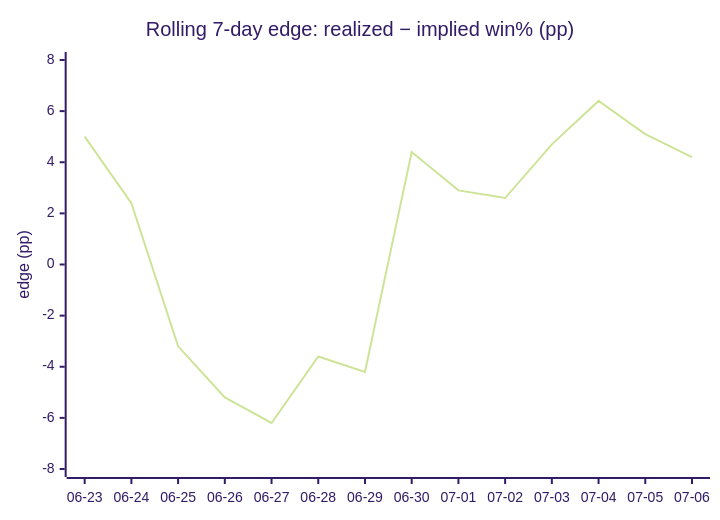
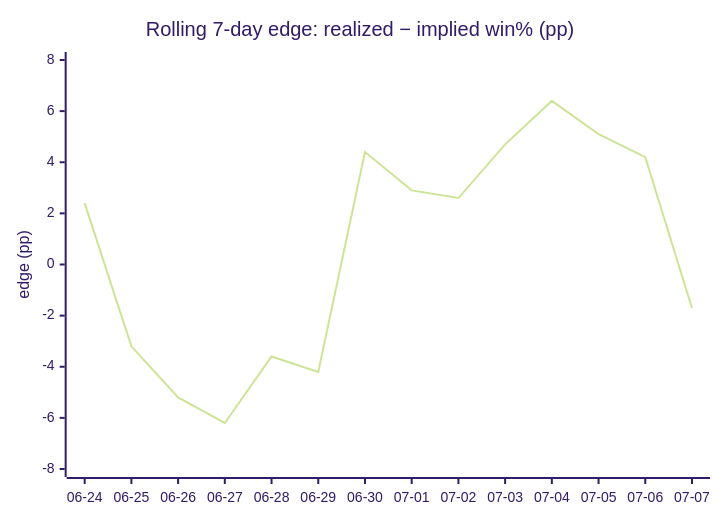
Before and after one commit to dpk1212/nhl-savant: the fifth of 5 diagrams in DAILY_AGSU_REPORT.md, drawn with Mermaid (forest theme). The commit also changed other lines of this file, not shown here.

````diff
--- a/DAILY_AGSU_REPORT.md
+++ b/DAILY_AGSU_REPORT.md
@@ -549,7 +550,7 @@
 ```mermaid
 xychart-beta
     title "Rolling 7-day edge: realized − implied win% (pp)"
-    x-axis ["06-23", "06-24", "06-25", "06-26", "06-27", "06-28", "06-29", "06-30", "07-01", "07-02", "07-03", "07-04", "07-05", "07-06"]
+    x-axis ["06-24", "06-25", "06-26", "06-27", "06-28", "06-29", "06-30", "07-01", "07-02", "07-03", "07-04", "07-05", "07-06", "07-07"]
     y-axis "edge (pp)" -8 --> 8
-    line [5, 2.4, -3.2, -5.2, -6.2, -3.6, -4.2, 4.4, 2.9, 2.6, 4.7, 6.4, 5.1, 4.2]
+    line [2.4, -3.2, -5.2, -6.2, -3.6, -4.2, 4.4, 2.9, 2.6, 4.7, 6.4, 5.1, 4.2, -1.7]
 ```
````
